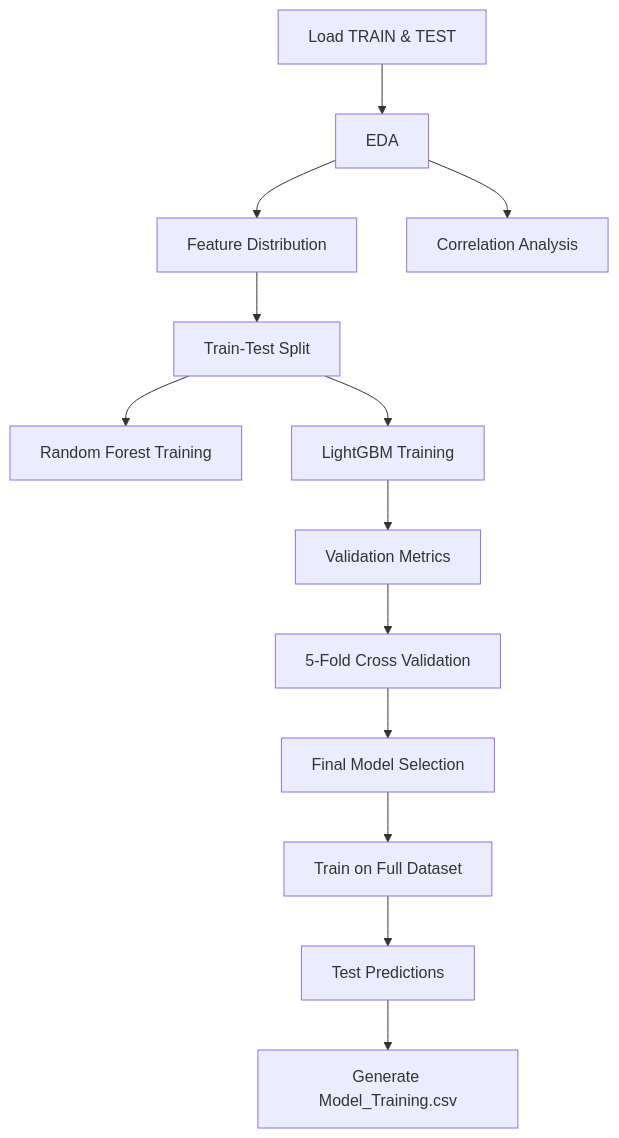
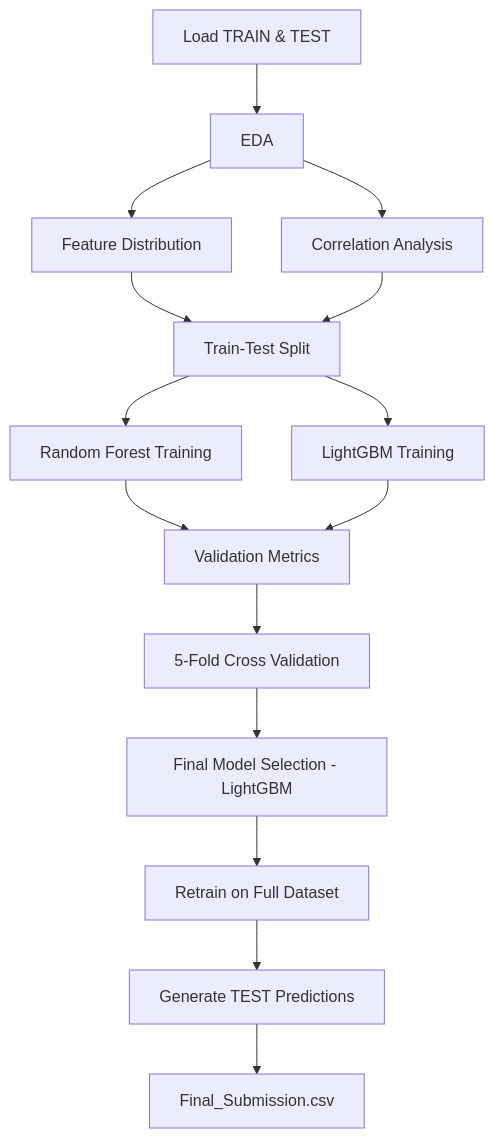
The diagram in README.md (ankitkumar-09/ML-alriEEEna), drawn with Mermaid before and after one commit. The commit also changed other lines of this file, not shown here.

````diff
--- a/README.md
+++ b/README.md
@@ -173,15 +143,17 @@
 ```mermaid
 flowchart TD
     A[Load TRAIN & TEST] --> B[EDA]
     B --> C[Feature Distribution]
     B --> D[Correlation Analysis]
     C --> E[Train-Test Split]
+    D --> E
     E --> F[Random Forest Training]
     E --> G[LightGBM Training]
-    G --> H[Validation Metrics]
+    F --> H[Validation Metrics]
+    G --> H
     H --> I[5-Fold Cross Validation]
-    I --> J[Final Model Selection]
-    J --> K[Train on Full Dataset]
-    K --> L[Test Predictions]
-    L --> M[Generate Model_Training.csv]
-``` 
+    I --> J[Final Model Selection - LightGBM]
+    J --> K[Retrain on Full Dataset]
+    K --> L[Generate TEST Predictions]
+    L --> M[Final_Submission.csv]
+```
````
